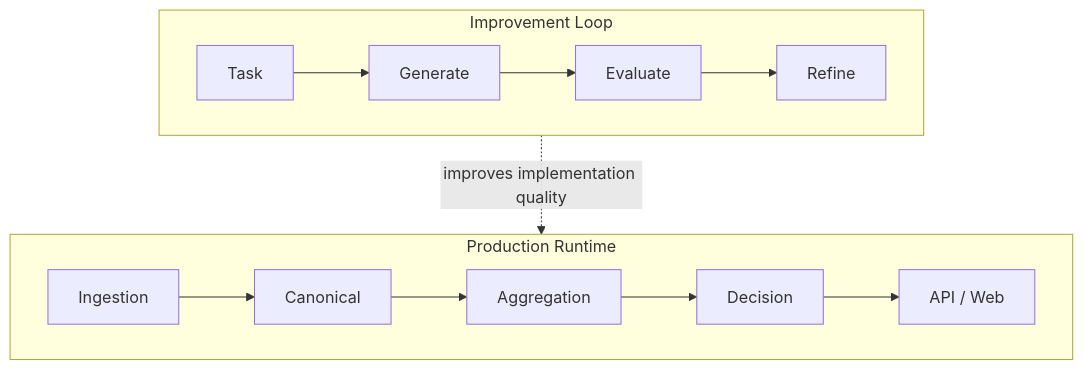
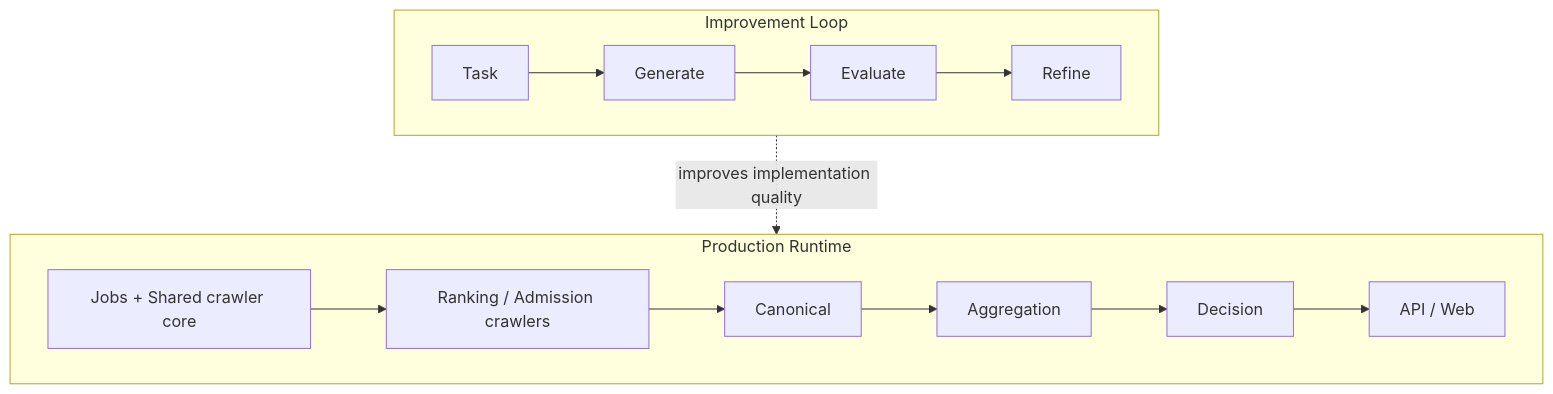
One commit to heinricitorgau/CrawlerNest changed the ninth of 9 diagrams in docs/SYSTEM_ENGINE_ARCHITECTURE.md. Above: the diagram before and after it, drawn with Mermaid. The commit also changed other lines of this file and 1 other file, not shown here.

````diff
--- a/docs/SYSTEM_ENGINE_ARCHITECTURE.md
+++ b/docs/SYSTEM_ENGINE_ARCHITECTURE.md
@@ -248,17 +268,18 @@
 ```mermaid
 flowchart TD
     subgraph PROD["Production Runtime"]
-        A["Ingestion"] --> B["Canonical"]
-        B --> C["Aggregation"]
-        C --> D["Decision"]
-        D --> E["API / Web"]
+        A["Jobs + Shared crawler core"] --> B["Ranking / Admission crawlers"]
+        B --> C["Canonical"]
+        C --> D["Aggregation"]
+        D --> E["Decision"]
+        E --> F["API / Web"]
     end
 
     subgraph IMPROVE["Improvement Loop"]
-        F["Task"] --> G["Generate"]
-        G --> H["Evaluate"]
-        H --> I["Refine"]
+        G["Task"] --> H["Generate"]
+        H --> I["Evaluate"]
+        I --> J["Refine"]
     end
 
     IMPROVE -. improves implementation quality .-> PROD
 ```
````
